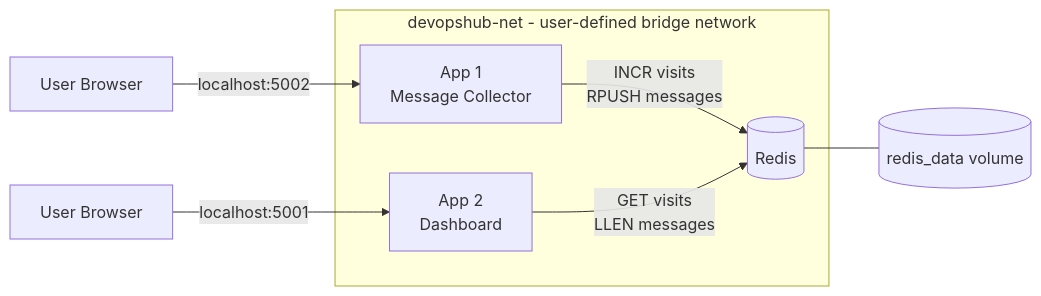
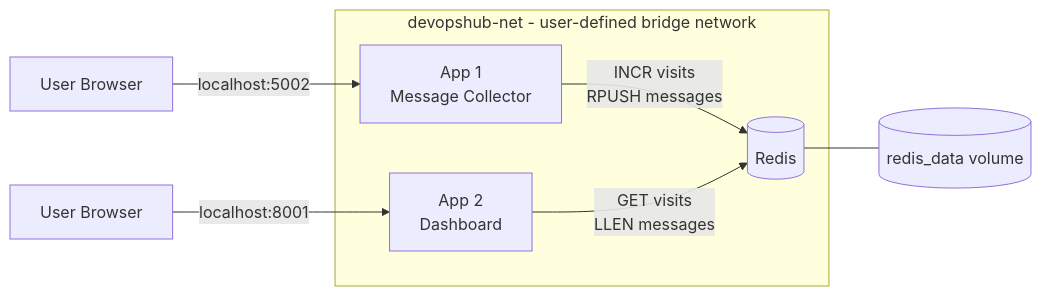
Before and after one commit to mohamedelsherife/DevOpsHub: the diagram in README.md, drawn with Mermaid. The commit also changed other lines of this file, not shown here.

````diff
--- a/README.md
+++ b/README.md
@@ -38,13 +37,13 @@
 ```mermaid
 flowchart LR
     U1[User Browser] -->|localhost:5002| A1[App 1<br/>Message Collector]
-    U2[User Browser] -->|localhost:5001| A2[App 2<br/>Dashboard]
+    U2[User Browser] -->|localhost:8001| A2[App 2<br/>Dashboard]
     A1 -->|INCR visits<br/>RPUSH messages| R[(Redis)]
     A2 -->|GET visits<br/>LLEN messages| R
     R --- V[(redis_data volume)]
     subgraph NET[devopshub-net - user-defined bridge network]
         A1
         A2
         R
     end
 ```
````
